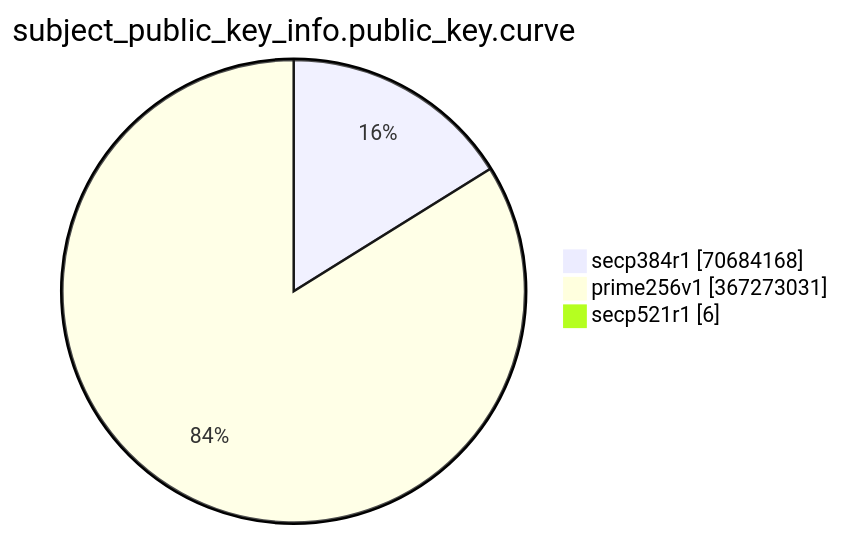
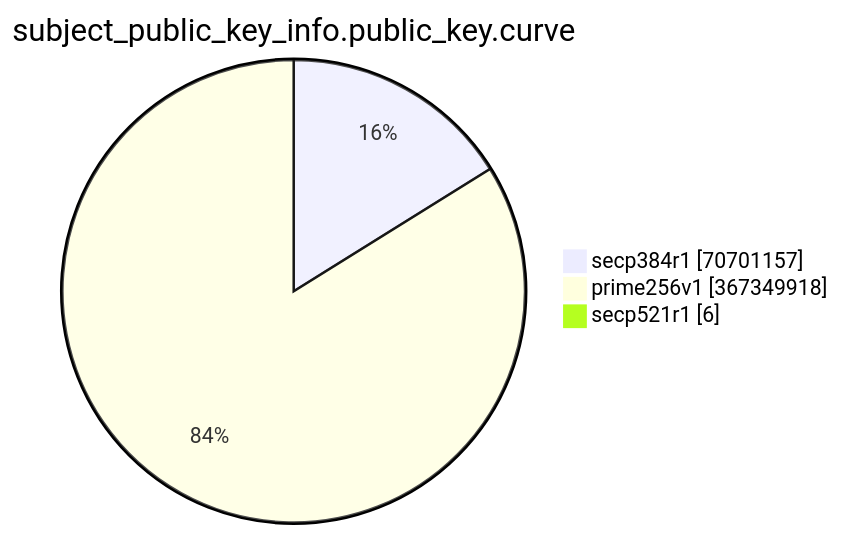
One commit to christiankrug/ctmonitor_visualization changed the eighth of 15 diagrams in TOTAL/README.md. Above: the diagram before and after it, drawn with Mermaid. The commit also changed other lines of this file, not shown here.

````diff
--- a/TOTAL/README.md
+++ b/TOTAL/README.md
@@ -3094,7 +3094,7 @@
 ```mermaid
 pie showData
 title subject_public_key_info.public_key.curve
-"secp384r1" :70684168
-"prime256v1" :367273031
+"secp384r1" :70701157
+"prime256v1" :367349918
 "secp521r1" :6
 ```
````
